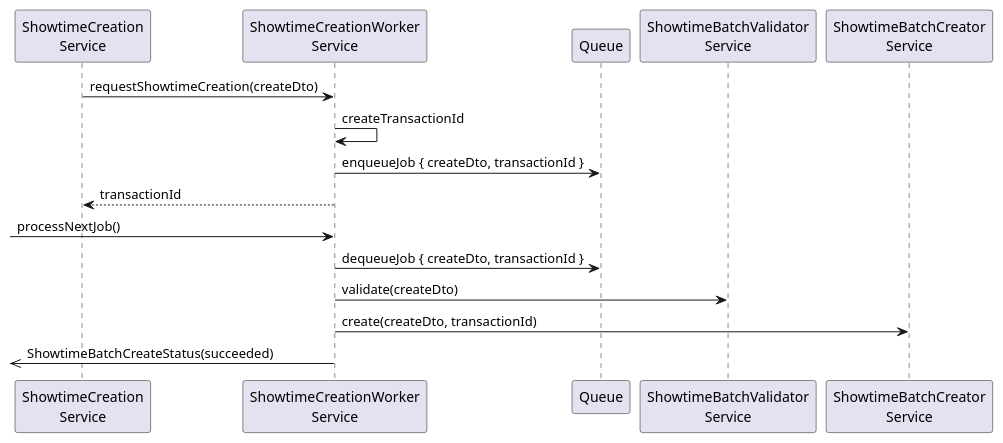
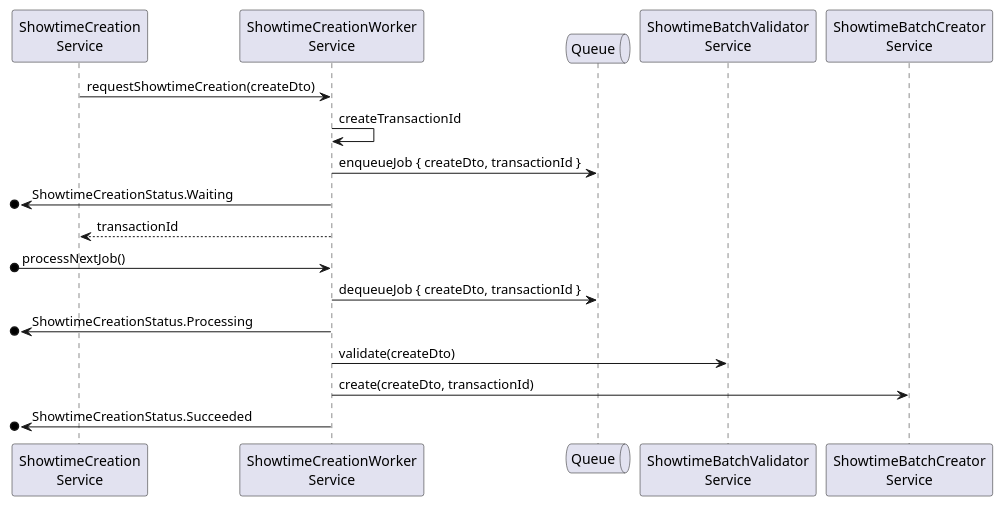
One commit to mannercode/mannercode.github.io changed the tenth of 12 diagrams in _posts/2025-06-01-backend-design-3.md. Above: the diagram before and after it, drawn with PlantUML. The commit also changed other lines of this file and 1 other file, not shown here.

Commit message:
Refactor sequence diagrams for Showtime creation process to improve clarity and structure

```diff
--- a/_posts/2025-06-01-backend-design-3.md
+++ b/_posts/2025-06-01-backend-design-3.md
@@ -462,20 +567,22 @@
 {% plantuml %}
 @startuml
 participant "ShowtimeCreation\nService" as creation
 participant "ShowtimeCreationWorker\nService" as worker
-participant Queue as queue
+Queue Queue as queue
 participant "ShowtimeBatchValidator\nService" as validator
 participant "ShowtimeBatchCreator\nService" as creator
 
 creation -> worker: requestShowtimeCreation(createDto)
 worker -> worker: createTransactionId
 worker -> queue: enqueueJob { createDto, transactionId }
+[o<- worker  : ShowtimeCreationStatus.Waiting
 creation <-- worker: transactionId
-[-> worker:processNextJob()
+[o-> worker:processNextJob()
 worker -> queue: dequeueJob { createDto, transactionId }
+[o<- worker  : ShowtimeCreationStatus.Processing
 worker -> validator: validate(createDto)
 worker -> creator: create(createDto, transactionId)
-[<<- worker  : ShowtimeBatchCreateStatus(succeeded)
+[o<- worker  : ShowtimeCreationStatus.Succeeded
 
 @enduml
 {% endplantuml %}
```
